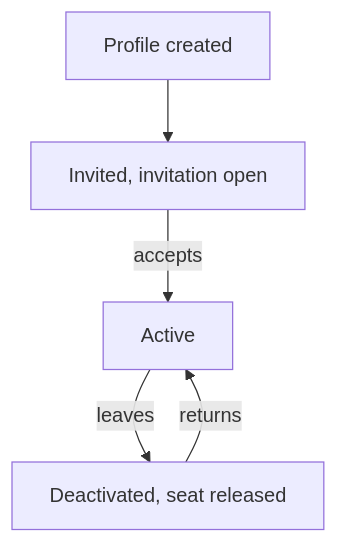
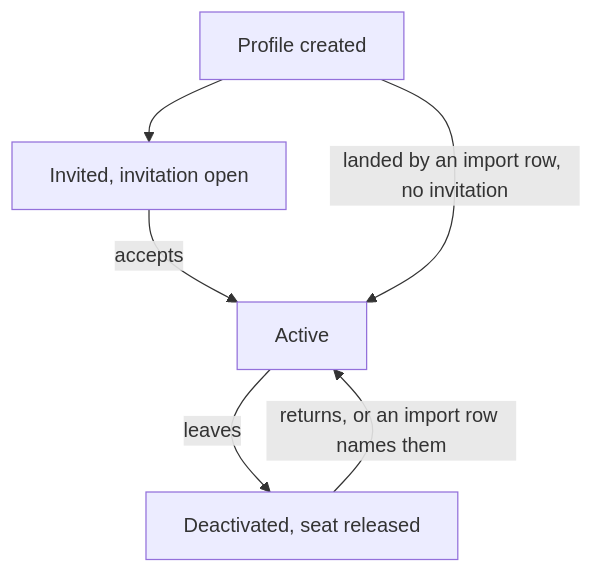
One commit to AWyborn2/SPROUTFormsAi changed the second of 2 diagrams in docs/plans/2026-08-04-001-feat-candidate-profile-plan.md. Above: the diagram before and after it, drawn with Mermaid. The commit also changed other lines of this file and 1 other file, not shown here.

````diff
--- a/docs/plans/2026-08-04-001-feat-candidate-profile-plan.md
+++ b/docs/plans/2026-08-04-001-feat-candidate-profile-plan.md
@@ -377,7 +389,8 @@
 ```mermaid
 flowchart TB
     CREATED["Profile created"] --> INVITED["Invited, invitation open"]
     INVITED -->|"accepts"| ACTIVE["Active"]
+    CREATED -->|"landed by an import row, no invitation"| ACTIVE
     ACTIVE -->|"leaves"| DEACTIVATED["Deactivated, seat released"]
-    DEACTIVATED -->|"returns"| ACTIVE
+    DEACTIVATED -->|"returns, or an import row names them"| ACTIVE
 ```
````
